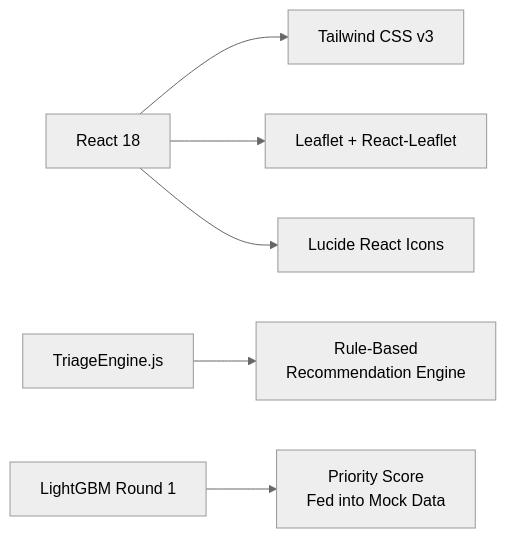
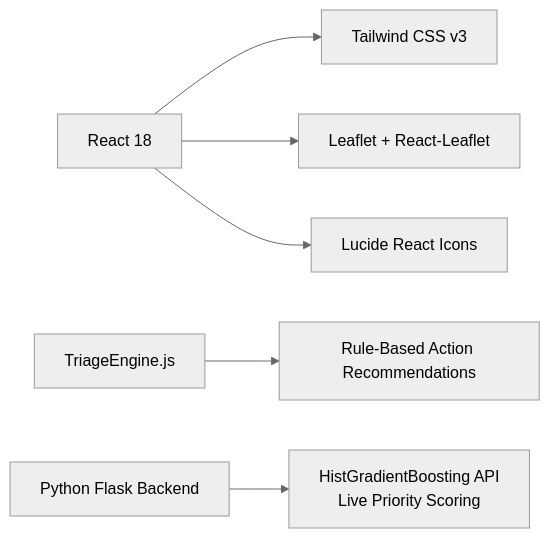
Before and after one commit to Ankita562/traffic-triage-dashboard: the fourth of 5 diagrams in README.md, drawn with Mermaid (neutral theme). The commit also changed other lines of this file, not shown here.

Commit message:
Update README with new model and API details

````diff
--- a/README.md
+++ b/README.md
@@ -107,8 +107,8 @@
 ```mermaid
 graph LR
     A[React 18] --> B[Tailwind CSS v3]
     A --> C[Leaflet + React-Leaflet]
     A --> D[Lucide React Icons]
-    E[TriageEngine.js] --> F[Rule-Based\nRecommendation Engine]
-    G[LightGBM Round 1] --> H[Priority Score\nFed into Mock Data]
+    E[TriageEngine.js] --> F[Rule-Based Action Recommendations]
+    G[Python Flask Backend] --> H[HistGradientBoosting API\nLive Priority Scoring]
 ```
````
